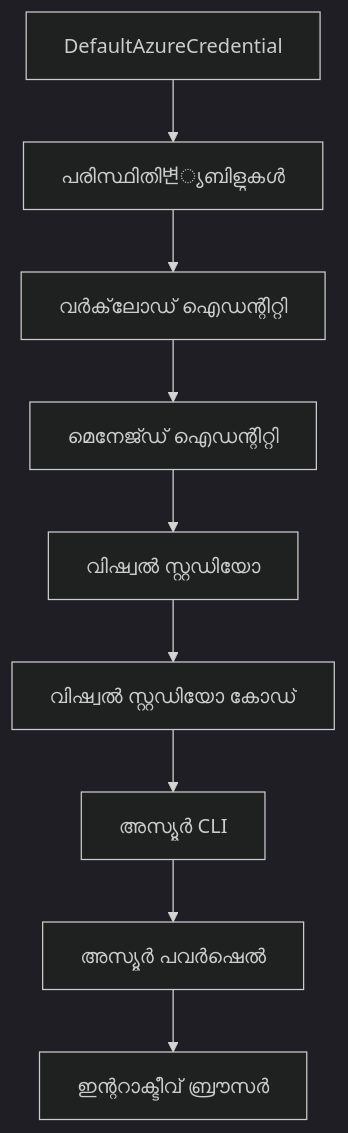
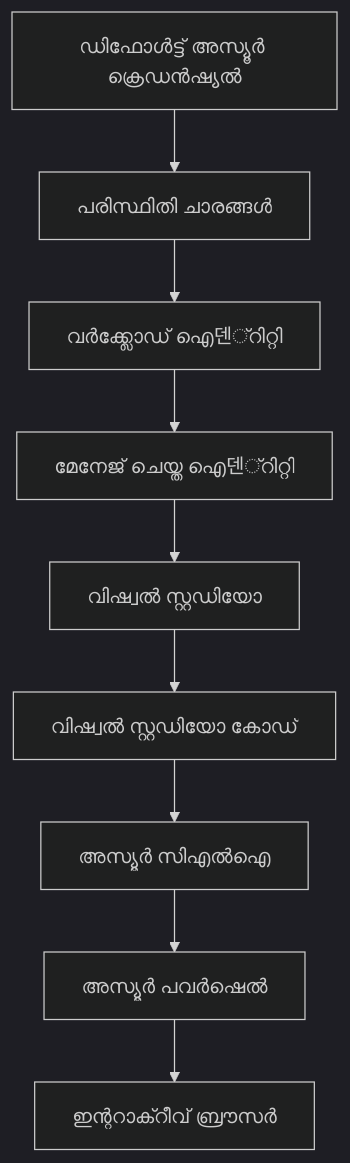
One commit to microsoft/AZD-for-beginners changed the second of 2 diagrams in translations/ml/docs/chapter-01-foundation/azd-basics.md. Above: the diagram before and after it, drawn with Mermaid (dark theme). The commit also changed other lines of this file and 101 other files, not shown here.

````diff
--- a/translations/ml/docs/chapter-01-foundation/azd-basics.md
+++ b/translations/ml/docs/chapter-01-foundation/azd-basics.md
@@ -591,11 +592,11 @@
 ```mermaid
 graph TD
-    A[DefaultAzureCredential] --> B[പരിസ്ഥിതി변്യബിളുകൾ]
-    B --> C[വർക്‌ലോഡ് ഐഡന്റിറ്റി]
-    C --> D[മെനേജ്ഡ് ഐഡന്റിറ്റി]
+    A[ഡിഫോൾട്ട് അസ്യൂർ ക്രെഡൻഷ്യൽ] --> B[പരിസ്ഥിതി ചാരങ്ങൾ]
+    B --> C[വർക്ക്ലോഡ് ഐ덴്റിറ്റി]
+    C --> D[മേനേജ് ചെയ്ത ഐ덴്റിറ്റി]
     D --> E[വിഷ്വൽ സ്റ്റുഡിയോ]
     E --> F[വിഷ്വൽ സ്റ്റുഡിയോ കോഡ്]
-    F --> G[അസ്യൂർ CLI]
+    F --> G[അസ്യൂർ സി‌എൽ‌ഐ]
     G --> H[അസ്യൂർ പവർഷെൽ]
-    H --> I[ഇന്ററാക്ടീവ് ബ്രൗസർ]
+    H --> I[ഇന്ററാക്റീവ് ബ്രൗസർ]
 ```
````
